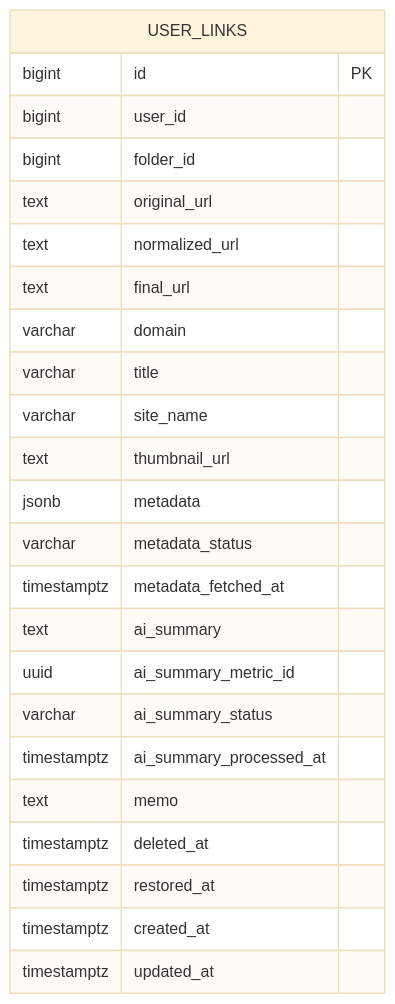
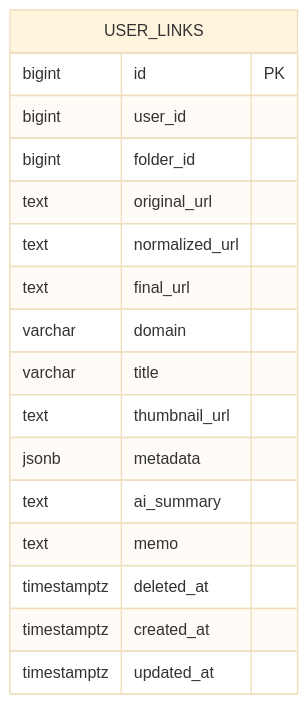
The diagram in docs/database/tables/user_links.md (mash-up-kr/Promise.9-Server), drawn with Mermaid (base theme) before and after one commit. The commit also changed other lines of this file, not shown here.

````diff
--- a/docs/database/tables/user_links.md
+++ b/docs/database/tables/user_links.md
@@ -7,27 +7,20 @@
 ```mermaid
 erDiagram
   USER_LINKS {
     bigint id PK
     bigint user_id
     bigint folder_id
     text original_url
     text normalized_url
     text final_url
     varchar domain
     varchar title
-    varchar site_name
     text thumbnail_url
     jsonb metadata
-    varchar metadata_status
-    timestamptz metadata_fetched_at
     text ai_summary
-    uuid ai_summary_metric_id
-    varchar ai_summary_status
-    timestamptz ai_summary_processed_at
     text memo
     timestamptz deleted_at
-    timestamptz restored_at
     timestamptz created_at
     timestamptz updated_at
   }
 ```
````
